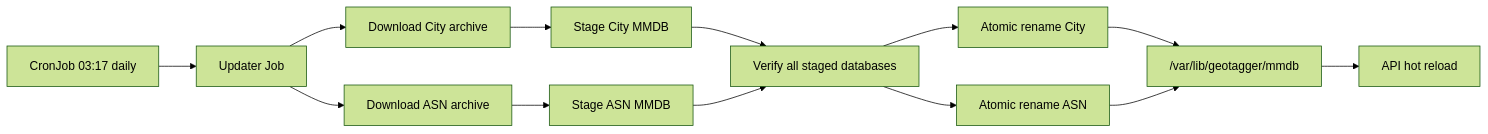
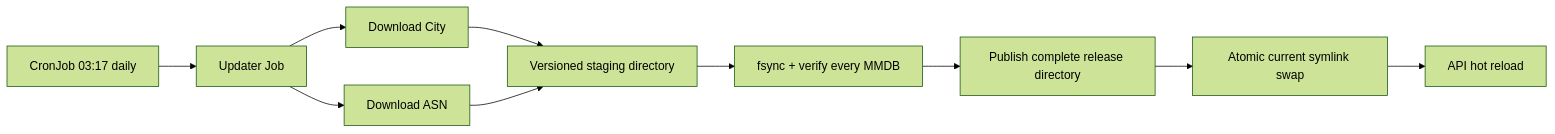
Before and after one commit to Jstarzz/geotagger: the eighth of 11 diagrams in docs/ARCHITECTURE.md, drawn with Mermaid (forest theme). The commit also changed other lines of this file, not shown here.

Commit message:
docs: describe atomic City and ASN bundle activation

````diff
--- a/docs/ARCHITECTURE.md
+++ b/docs/ARCHITECTURE.md
@@ -279,15 +256,12 @@
 ```mermaid
 flowchart LR
     CRON["CronJob 03:17 daily"] --> JOB["Updater Job"]
-    JOB --> CITYDL["Download City archive"]
-    JOB --> ASNDL["Download ASN archive"]
-    CITYDL --> CITYTMP["Stage City MMDB"]
-    ASNDL --> ASNTMP["Stage ASN MMDB"]
-    CITYTMP --> VERIFY["Verify all staged databases"]
-    ASNTMP --> VERIFY
-    VERIFY --> CITYREN["Atomic rename City"]
-    VERIFY --> ASNREN["Atomic rename ASN"]
-    CITYREN --> DIR["/var/lib/geotagger/mmdb"]
-    ASNREN --> DIR
-    DIR --> API["API hot reload"]
+    JOB --> CITYDL["Download City"]
+    JOB --> ASNDL["Download ASN"]
+    CITYDL --> STAGE["Versioned staging directory"]
+    ASNDL --> STAGE
+    STAGE --> VERIFY["fsync + verify every MMDB"]
+    VERIFY --> RELEASE["Publish complete release directory"]
+    RELEASE --> LINK["Atomic current symlink swap"]
+    LINK --> API["API hot reload"]
 ```
````
